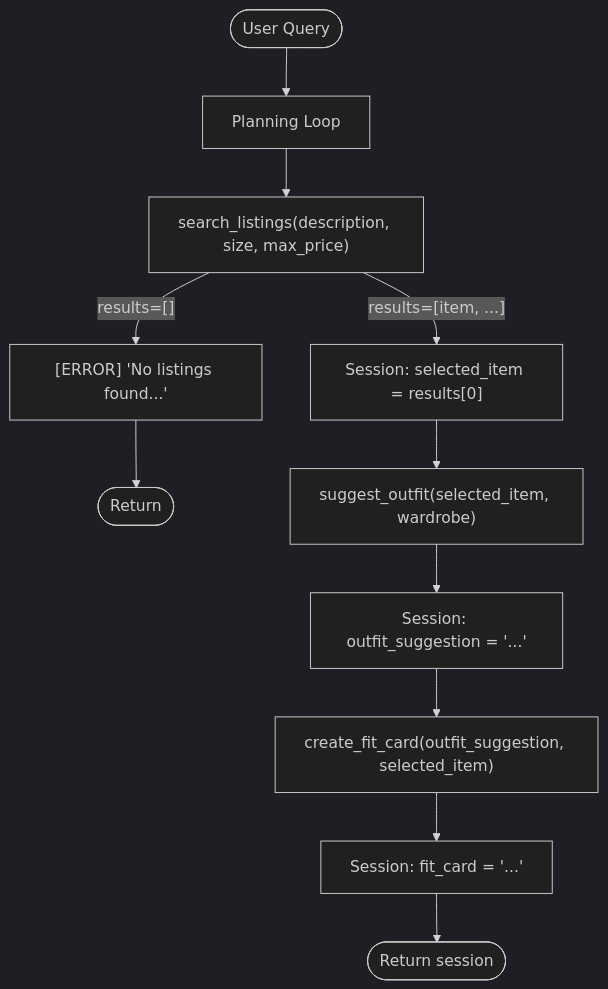
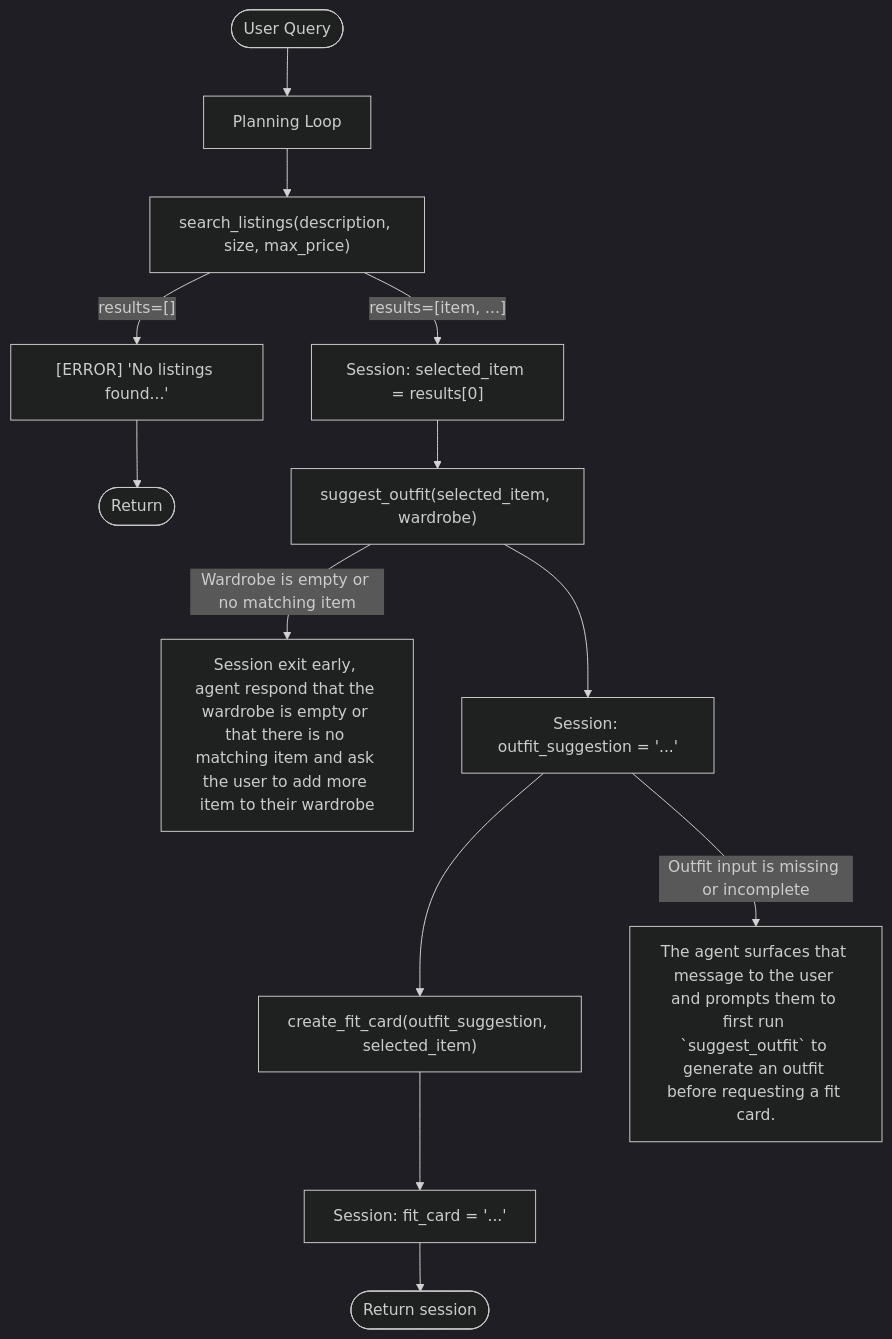
The diagram in planning.md (Rubey4112/ai201-project2-fitfindr-starter), drawn with Mermaid (dark theme) before and after one commit. The commit also changed other lines of this file, not shown here.

Commit message:
docs: updated architecture plan

````diff
--- a/planning.md
+++ b/planning.md
@@ -170,19 +183,21 @@
 ```mermaid
 flowchart TD
     A([User Query]) --> B[Planning Loop]
 
     B --> C["search_listings(description, size, max_price)"]
 
     C -- "results=[]" --> D["[ERROR] 'No listings found...'"]
     D --> E([Return])
 
     C -- "results=[item, ...]" --> F["Session: selected_item = results[0]"]
 
     F --> G["suggest_outfit(selected_item, wardrobe)"]
+    G -- "Wardrobe is empty or no matching item" --> L["Session exit early, agent respond that the wardrobe is empty or that there is no matching item and ask the user to add more item to their wardrobe"]
     G --> H["Session: outfit_suggestion = '...'"]
 
     H --> I["create_fit_card(outfit_suggestion, selected_item)"]
+    H -- "Outfit input is missing or incomplete" -->M["The agent surfaces that message to the user and prompts them to first run `suggest_outfit` to generate an outfit before requesting a fit card."]
     I --> J["Session: fit_card = '...'"]
 
     J --> K([Return session])
 ```
````
